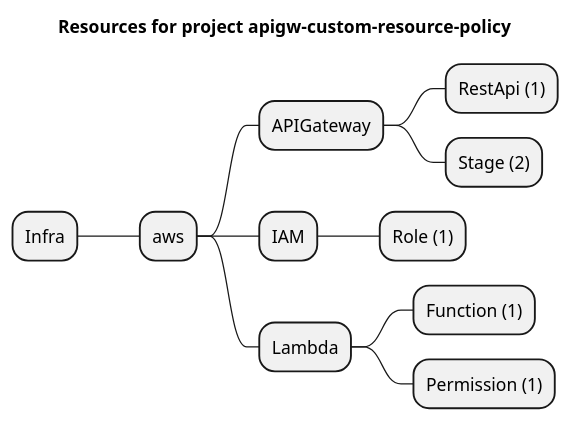
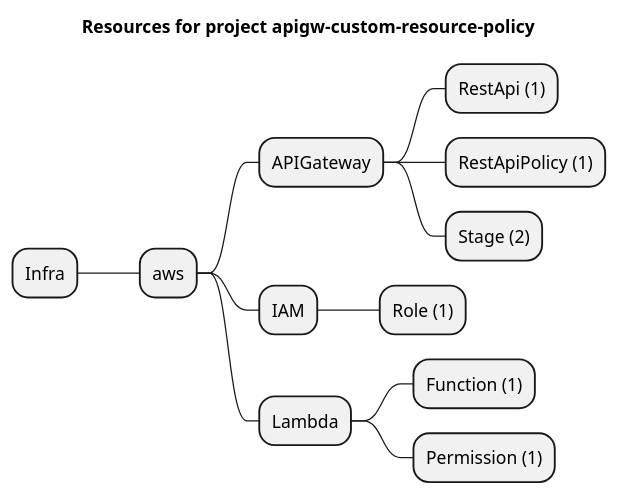
The diagram in examples/aws/APIGateway/apigw-custom-resource-policy/artifacts/resources-mindmap.puml (grucloud/grucloud), drawn with PlantUML before and after one commit. The commit also changed 16 other files, not shown here.

Commit message:
apigw-rest-api-batch-sam

```diff
--- a/examples/aws/APIGateway/apigw-custom-resource-policy/artifacts/resources-mindmap.puml
+++ b/examples/aws/APIGateway/apigw-custom-resource-policy/artifacts/resources-mindmap.puml
@@ -1,14 +1,15 @@
 @startmindmap
 title Resources for project apigw-custom-resource-policy
 skinparam monochrome true
 + Infra
 ++ aws
 +++ APIGateway
 ++++ RestApi (1)
+++++ RestApiPolicy (1)
 ++++ Stage (2)
 +++ IAM
 ++++ Role (1)
 +++ Lambda
 ++++ Function (1)
 ++++ Permission (1)
 @endmindmap
```
